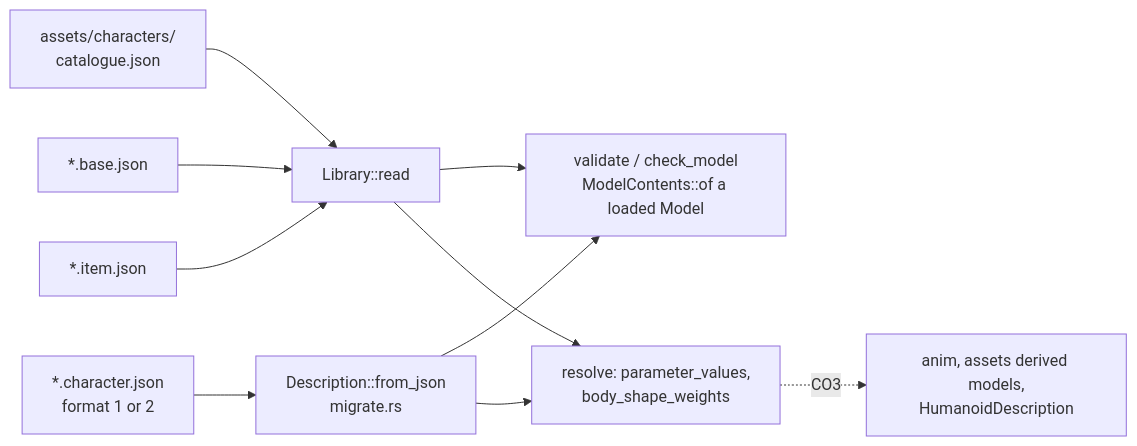
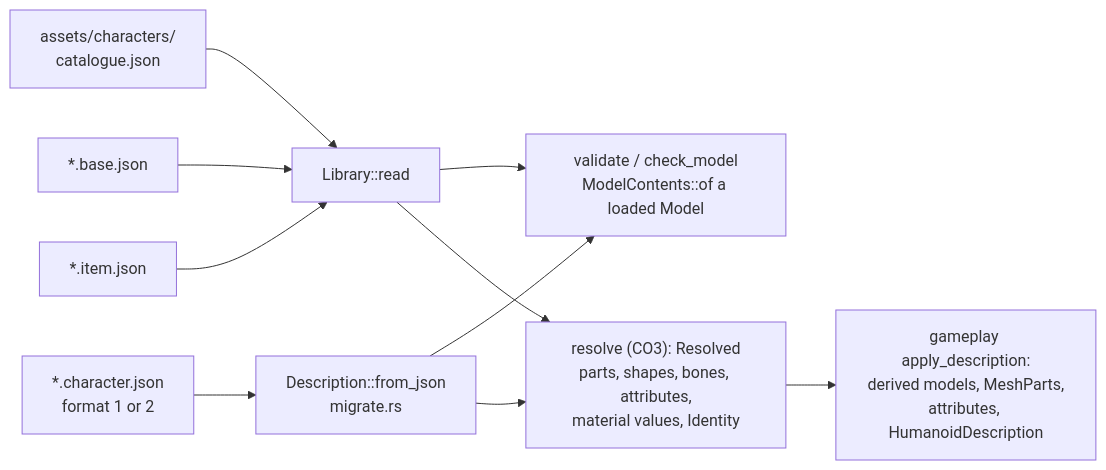
The diagram in wiki/Engine-Systems/Character-Data.md (Axcenity-Studios/Axcenity-Engine), drawn with Mermaid before and after one commit. The commit also changed other lines of this file and 76 other files, not shown here.

````diff
--- a/wiki/Engine-Systems/Character-Data.md
+++ b/wiki/Engine-Systems/Character-Data.md
@@ -21,12 +21,12 @@
 ```mermaid
 flowchart LR
   L[assets/characters/<br/>catalogue.json] --> R[Library::read]
   B[*.base.json] --> R
   I[*.item.json] --> R
   D[*.character.json<br/>format 1 or 2] --> F[Description::from_json<br/>migrate.rs]
   R --> V[validate / check_model<br/>ModelContents::of a loaded Model]
   F --> V
-  F --> S[resolve: parameter_values,<br/>body_shape_weights]
+  F --> S["resolve (CO3): Resolved<br/>parts, shapes, bones, attributes,<br/>material values, Identity"]
   R --> S
-  S -. CO3 .-> A[anim, assets derived models,<br/>HumanoidDescription]
+  S --> A["gameplay apply_description:<br/>derived models, MeshParts,<br/>attributes, HumanoidDescription"]
 ```
````
